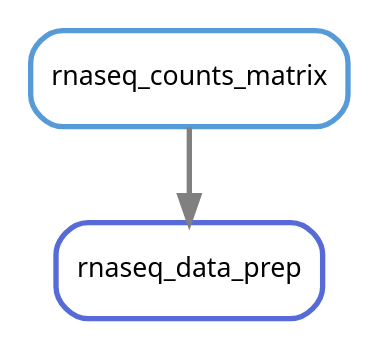
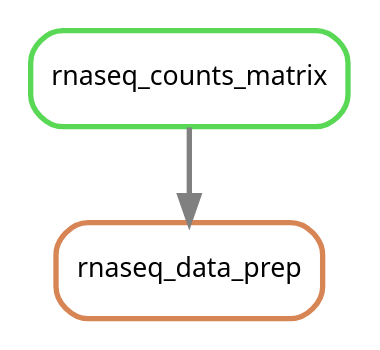
Before and after one commit to NCBI-Hackathons/Pharmacogenomics_Prediction_Pipeline_P3: the diagram in doc/source/images/normed_counts.dot, drawn with Graphviz. The commit also changed 28 other files, not shown here.

```diff
--- a/doc/source/images/normed_counts.dot
+++ b/doc/source/images/normed_counts.dot
@@ -1,8 +1,8 @@
 digraph snakemake_dag {
     graph[bgcolor=white, margin=0];
     node[shape=box, style=rounded, fontname=sans,                 fontsize=10, penwidth=2];
     edge[penwidth=2, color=grey];
-	0[label = "rnaseq_counts_matrix", color = "0.58 0.6 0.85", style="rounded"];
-	1[label = "rnaseq_data_prep", color = "0.64 0.6 0.85", style="rounded"];
-	0 -> 1
+	0[label = "rnaseq_data_prep", color = "0.06 0.6 0.85", style="rounded"];
+	1[label = "rnaseq_counts_matrix", color = "0.33 0.6 0.85", style="rounded"];
+	1 -> 0
 }            
```
